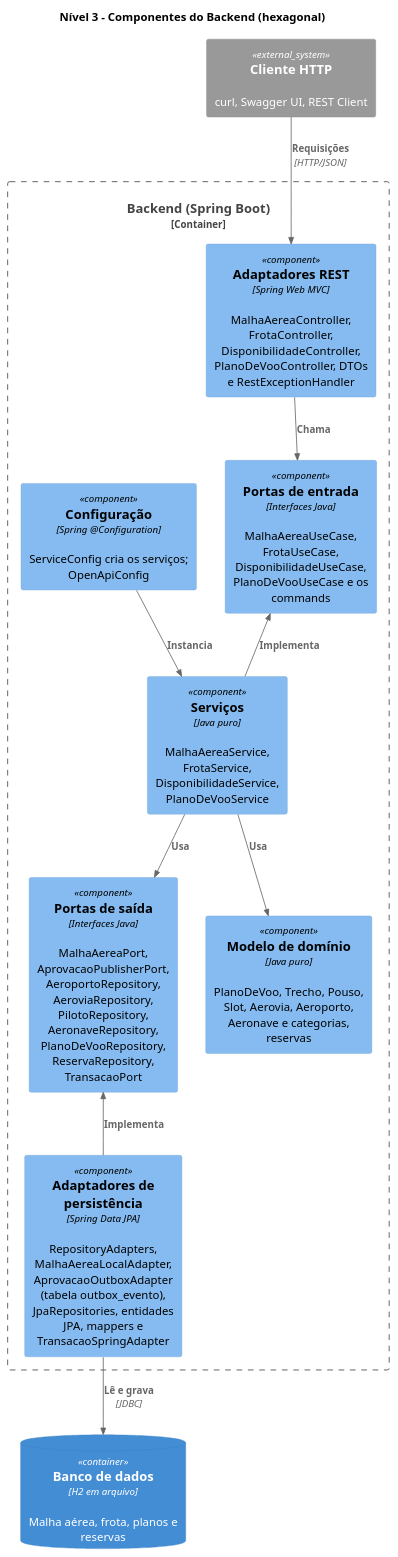
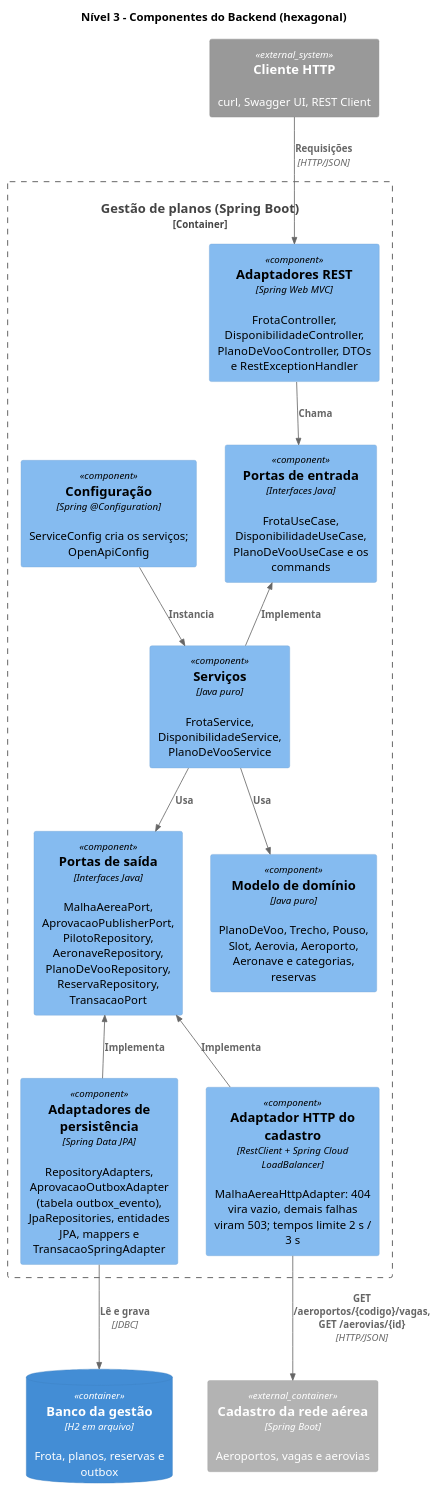
One commit to antoniocosta0/trabalho-projaq changed the diagram in docs/arquitetura/c4-componentes.puml. Above: the diagram before and after it, drawn with PlantUML. The commit also changed 8 other files, not shown here.

Commit message:
docs: record stage 3, the cadastro contract and updated diagrams

```diff
--- a/docs/arquitetura/c4-componentes.puml
+++ b/docs/arquitetura/c4-componentes.puml
@@ -1,28 +1,32 @@
 @startuml
 !include <C4/C4_Component>
 
 title Nível 3 - Componentes do Backend (hexagonal)
 
 System_Ext(cliente, "Cliente HTTP", "curl, Swagger UI, REST Client")
-ContainerDb(banco, "Banco de dados", "H2 em arquivo", "Malha aérea, frota, planos e reservas")
+ContainerDb(banco, "Banco da gestão", "H2 em arquivo", "Frota, planos, reservas e outbox")
+Container_Ext(cadastro, "Cadastro da rede aérea", "Spring Boot", "Aeroportos, vagas e aerovias")
 
-Container_Boundary(api, "Backend (Spring Boot)") {
-  Component(rest, "Adaptadores REST", "Spring Web MVC", "MalhaAereaController, FrotaController, DisponibilidadeController, PlanoDeVooController, DTOs e RestExceptionHandler")
-  Component(portas_in, "Portas de entrada", "Interfaces Java", "MalhaAereaUseCase, FrotaUseCase, DisponibilidadeUseCase, PlanoDeVooUseCase e os commands")
-  Component(servicos, "Serviços", "Java puro", "MalhaAereaService, FrotaService, DisponibilidadeService, PlanoDeVooService")
+Container_Boundary(api, "Gestão de planos (Spring Boot)") {
+  Component(rest, "Adaptadores REST", "Spring Web MVC", "FrotaController, DisponibilidadeController, PlanoDeVooController, DTOs e RestExceptionHandler")
+  Component(portas_in, "Portas de entrada", "Interfaces Java", "FrotaUseCase, DisponibilidadeUseCase, PlanoDeVooUseCase e os commands")
+  Component(servicos, "Serviços", "Java puro", "FrotaService, DisponibilidadeService, PlanoDeVooService")
   Component(modelo, "Modelo de domínio", "Java puro", "PlanoDeVoo, Trecho, Pouso, Slot, Aerovia, Aeroporto, Aeronave e categorias, reservas")
-  Component(portas_out, "Portas de saída", "Interfaces Java", "MalhaAereaPort, AprovacaoPublisherPort, AeroportoRepository, AeroviaRepository, PilotoRepository, AeronaveRepository, PlanoDeVooRepository, ReservaRepository, TransacaoPort")
-  Component(persistencia, "Adaptadores de persistência", "Spring Data JPA", "RepositoryAdapters, MalhaAereaLocalAdapter, AprovacaoOutboxAdapter (tabela outbox_evento), JpaRepositories, entidades JPA, mappers e TransacaoSpringAdapter")
+  Component(portas_out, "Portas de saída", "Interfaces Java", "MalhaAereaPort, AprovacaoPublisherPort, PilotoRepository, AeronaveRepository, PlanoDeVooRepository, ReservaRepository, TransacaoPort")
+  Component(persistencia, "Adaptadores de persistência", "Spring Data JPA", "RepositoryAdapters, AprovacaoOutboxAdapter (tabela outbox_evento), JpaRepositories, entidades JPA, mappers e TransacaoSpringAdapter")
+  Component(http, "Adaptador HTTP do cadastro", "RestClient + Spring Cloud LoadBalancer", "MalhaAereaHttpAdapter: 404 vira vazio, demais falhas viram 503; tempos limite 2 s / 3 s")
   Component(config, "Configuração", "Spring @Configuration", "ServiceConfig cria os serviços; OpenApiConfig")
 }
 
 Rel(cliente, rest, "Requisições", "HTTP/JSON")
 Rel(rest, portas_in, "Chama")
 Rel_U(servicos, portas_in, "Implementa")
 Rel(servicos, modelo, "Usa")
 Rel(servicos, portas_out, "Usa")
 Rel_U(persistencia, portas_out, "Implementa")
 Rel(persistencia, banco, "Lê e grava", "JDBC")
+Rel_U(http, portas_out, "Implementa")
+Rel(http, cadastro, "GET /aeroportos/{codigo}/vagas, GET /aerovias/{id}", "HTTP/JSON")
 Rel(config, servicos, "Instancia")
 
 @enduml
```
